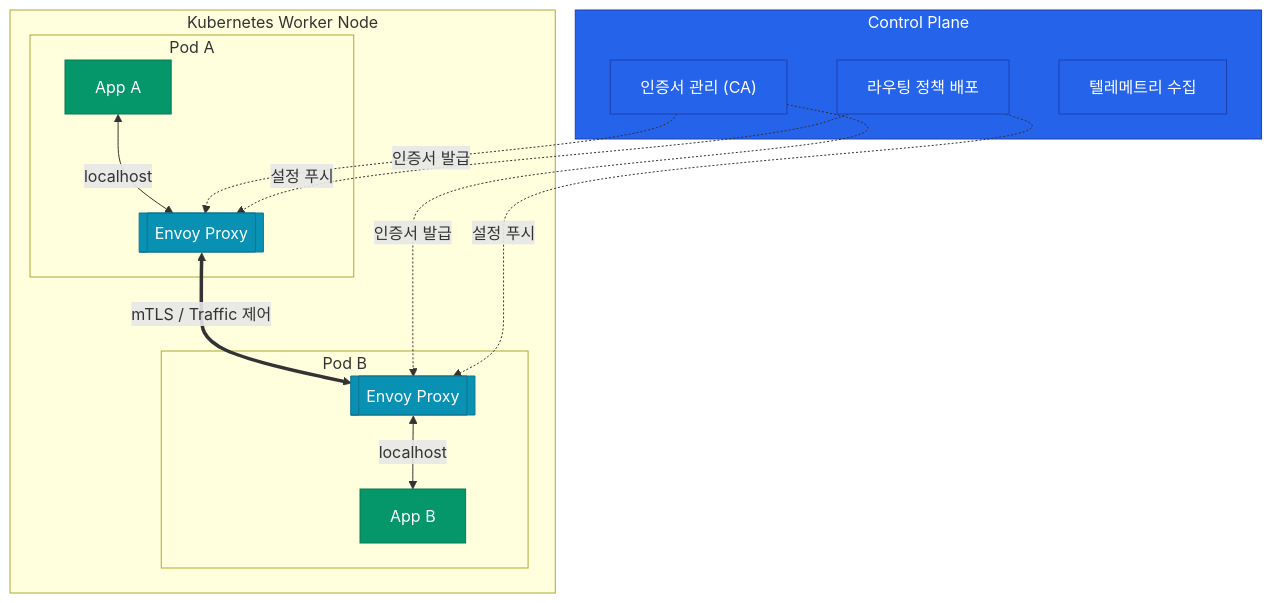
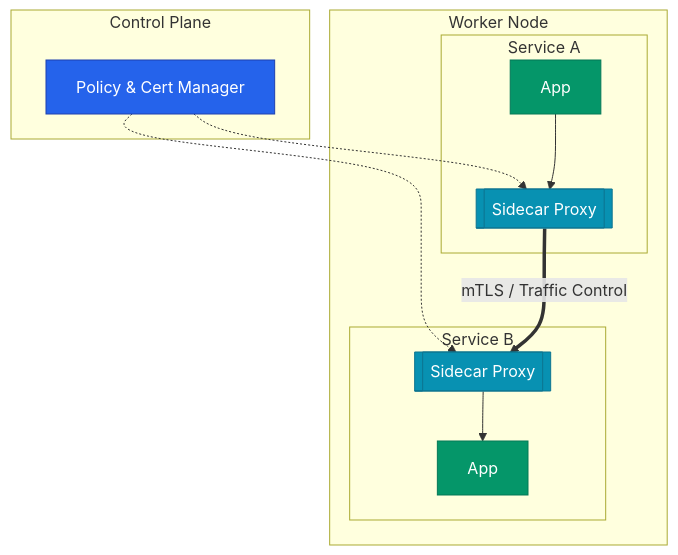
Before and after one commit to No1Joon/No1Joon.github.io: the diagram in _posts/container-orchestration/2026-04-20-service-mesh-01-overview.md, drawn with Mermaid. The commit also changed other lines of this file and 15 other files, not shown here.

````diff
--- a/_posts/container-orchestration/2026-04-20-service-mesh-01-overview.md
+++ b/_posts/container-orchestration/2026-04-20-service-mesh-01-overview.md
@@ -32,38 +27,31 @@
 ```mermaid
 flowchart TB
-    subgraph cp [Control Plane]
-        CA["인증서 관리 (CA)"]
-        CONF["라우팅 정책 배포"]
-        TELE["텔레메트리 수집"]
+    subgraph CP [Control Plane]
+        Manager["Policy & Cert Manager"]
     end
 
-    subgraph node [Kubernetes Worker Node]
-        subgraph podA [Pod A]
-            APP_A["App A"]
-            PROXY_A[["Envoy Proxy"]]
+    subgraph Node [Worker Node]
+        subgraph PodA [Service A]
+            AppA["App"]
+            ProxyA[[Sidecar Proxy]]
         end
-
-        subgraph podB [Pod B]
-            APP_B["App B"]
-            PROXY_B[["Envoy Proxy"]]
+        subgraph PodB [Service B]
+            AppB["App"]
+            ProxyB[[Sidecar Proxy]]
         end
     end
 
-    APP_A <-->|"localhost"| PROXY_A
-    PROXY_A <==>|"mTLS / Traffic 제어"| PROXY_B
-    PROXY_B <-->|"localhost"| APP_B
-
-    CA -.->|"인증서 발급"| PROXY_A
-    CA -.->|"인증서 발급"| PROXY_B
-    CONF -.->|"설정 푸시"| PROXY_A
-    CONF -.->|"설정 푸시"| PROXY_B
+    Manager -.-> ProxyA
+    Manager -.-> ProxyB
+    AppA --> ProxyA
+    ProxyA == "mTLS / Traffic Control" ==> ProxyB
+    ProxyB --> AppB
 
     classDef primary fill:#2563eb,stroke:#1e40af,color:#ffffff
     classDef success fill:#059669,stroke:#047857,color:#ffffff
-    classDef neutral fill:#475569,stroke:#334155,color:#ffffff
     classDef info fill:#0891b2,stroke:#0e7490,color:#ffffff
 
-    class cp,CA,CONF,TELE primary
-    class APP_A,APP_B success
-    class PROXY_A,PROXY_B info
+    class Manager primary
+    class AppA,AppB success
+    class ProxyA,ProxyB info
 ```
````
